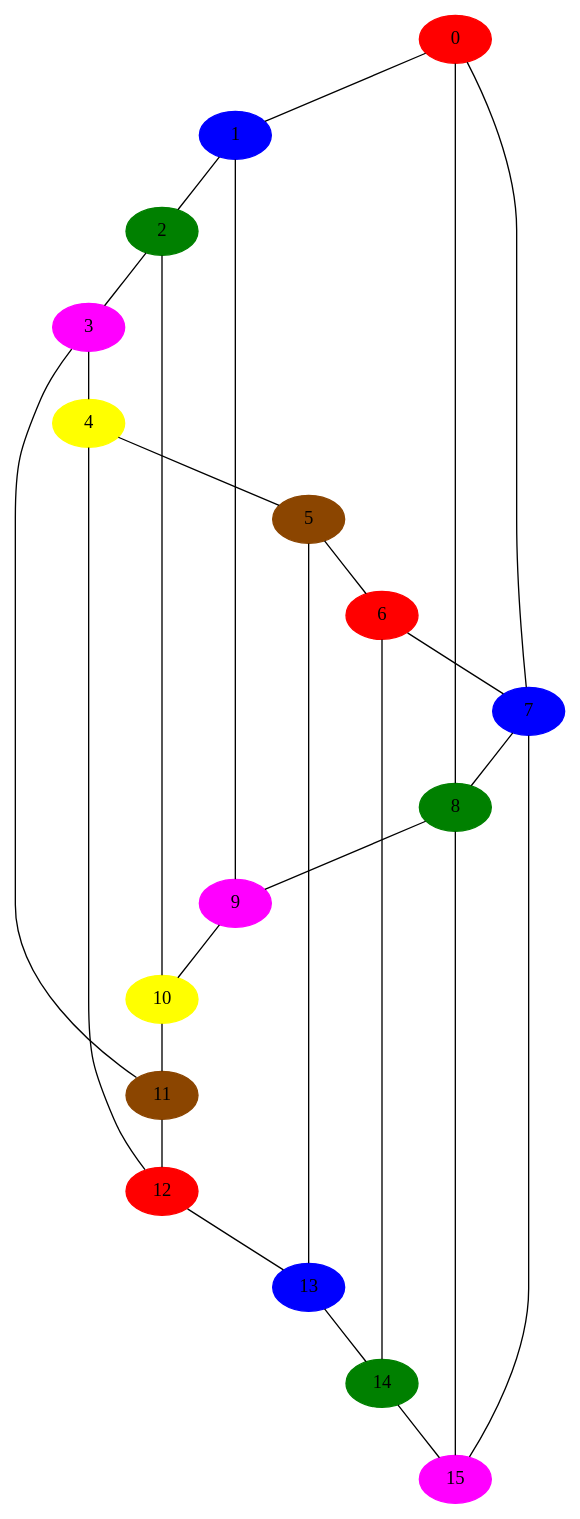
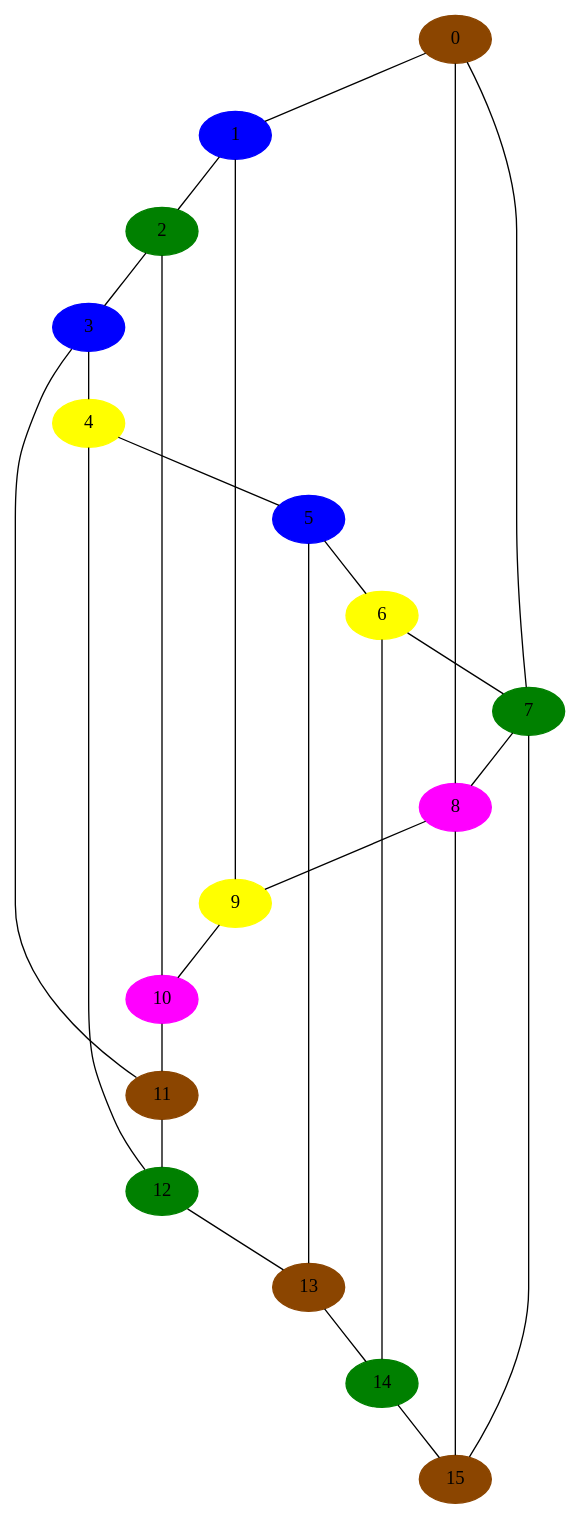
One commit to kuldeep725/COLLEGE_STUFFS changed the diagram in CSlAB_2017/GraphNextSession/planar1ColoredPlanar.dot. Above: the diagram before and after it, drawn with Graphviz. The commit also changed 4 other files, not shown here.

Commit message:
PLANAR GRAPH COLORING DONE

```diff
--- a/CSlAB_2017/GraphNextSession/planar1ColoredPlanar.dot
+++ b/CSlAB_2017/GraphNextSession/planar1ColoredPlanar.dot
@@ -1,44 +1,44 @@
 graph planar1 {
       0 -- 1 ;
       0 -- 7 ;
       0 -- 8 ;
       1 -- 2 ;
       1 -- 9 ;
       2 -- 3 ;
       2 -- 10 ;
       3 -- 4 ;
       3 -- 11 ;
       4 -- 5 ;
       4 -- 12 ;
       5 -- 6 ;
       5 -- 13 ;
       6 -- 7 ;
       6 -- 14 ;
       7 -- 8 ;
       7 -- 15 ;
       8 -- 9 ;
       8 -- 15 ;
       9 -- 10 ;
       10 -- 11 ;
       11 -- 12 ;
       12 -- 13 ;
       13 -- 14 ;
       14 -- 15 ;
       15 ;
-      0 [color=red, style=filled];
+      0 [color=darkorange4, style=filled];
       1 [color=blue, style=filled];
       2 [color=green, style=filled];
-      3 [color=magenta, style=filled];
+      3 [color=blue, style=filled];
       4 [color=yellow, style=filled];
-      5 [color=darkorange4, style=filled];
-      6 [color=red, style=filled];
-      7 [color=blue, style=filled];
-      8 [color=green, style=filled];
-      9 [color=magenta, style=filled];
-      10 [color=yellow, style=filled];
+      5 [color=blue, style=filled];
+      6 [color=yellow, style=filled];
+      7 [color=green, style=filled];
+      8 [color=magenta, style=filled];
+      9 [color=yellow, style=filled];
+      10 [color=magenta, style=filled];
       11 [color=darkorange4, style=filled];
-      12 [color=red, style=filled];
-      13 [color=blue, style=filled];
+      12 [color=green, style=filled];
+      13 [color=darkorange4, style=filled];
       14 [color=green, style=filled];
-      15 [color=magenta, style=filled]
+      15 [color=darkorange4, style=filled]
 }
```
